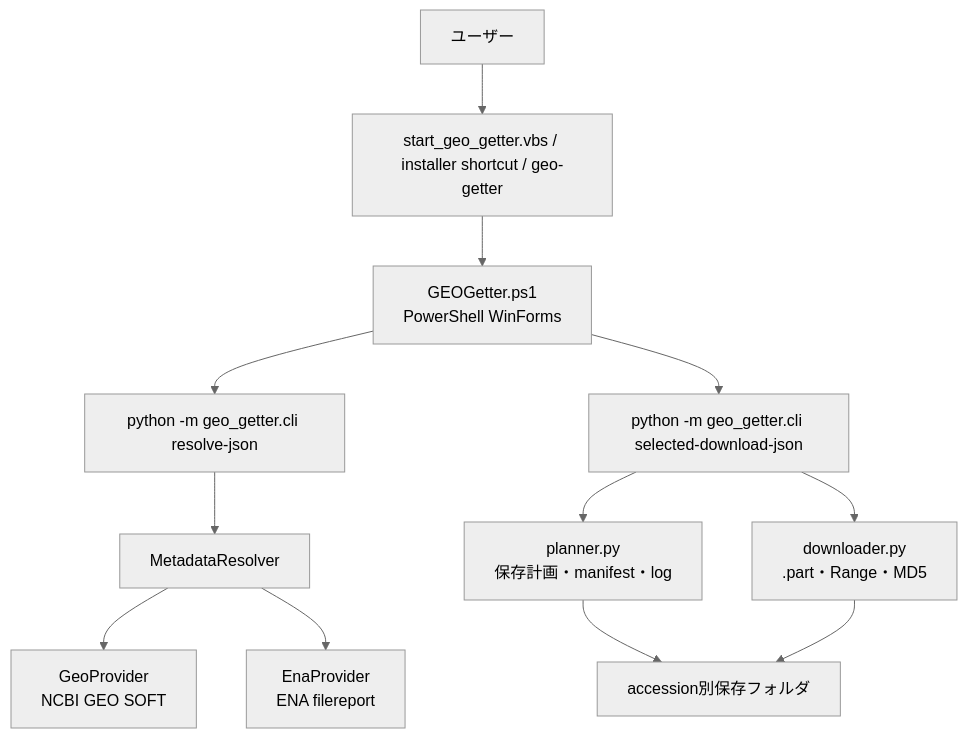
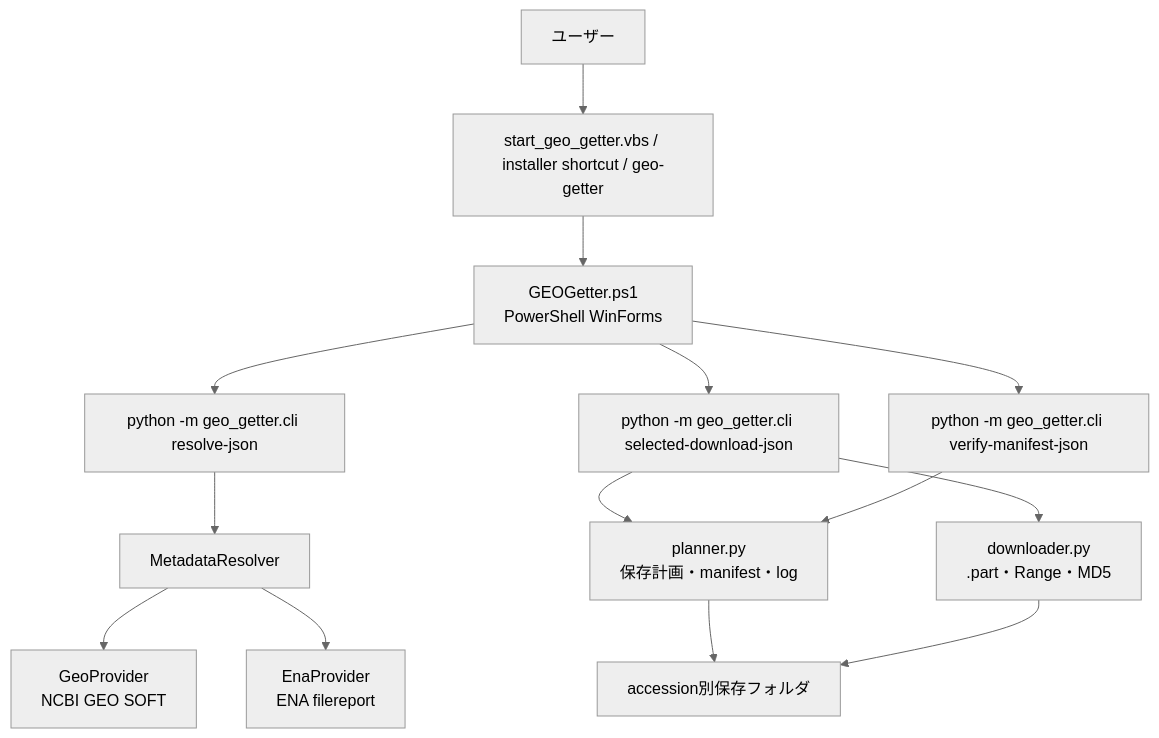
The diagram in docs/ARCHITECTURE.md (K81ta/geo-getter), drawn with Mermaid (neutral theme) before and after one commit. The commit also changed other lines of this file and 6 other files, not shown here.

Commit message:
Add GUI manifest verification

````diff
--- a/docs/ARCHITECTURE.md
+++ b/docs/ARCHITECTURE.md
@@ -17,14 +17,16 @@
 ```mermaid
 flowchart TD
     User["ユーザー"] --> Launcher["start_geo_getter.vbs / installer shortcut / geo-getter"]
     Launcher --> GUI["GEOGetter.ps1\nPowerShell WinForms"]
     GUI --> ResolveCLI["python -m geo_getter.cli resolve-json"]
     GUI --> DownloadCLI["python -m geo_getter.cli selected-download-json"]
+    GUI --> VerifyCLI["python -m geo_getter.cli verify-manifest-json"]
     ResolveCLI --> Resolver["MetadataResolver"]
     Resolver --> GEO["GeoProvider\nNCBI GEO SOFT"]
     Resolver --> ENA["EnaProvider\nENA filereport"]
     DownloadCLI --> Planner["planner.py\n保存計画・manifest・log"]
     DownloadCLI --> Downloader["downloader.py\n.part・Range・MD5"]
+    VerifyCLI --> Planner
     Planner --> Output["accession別保存フォルダ"]
     Downloader --> Output
 ```
````
